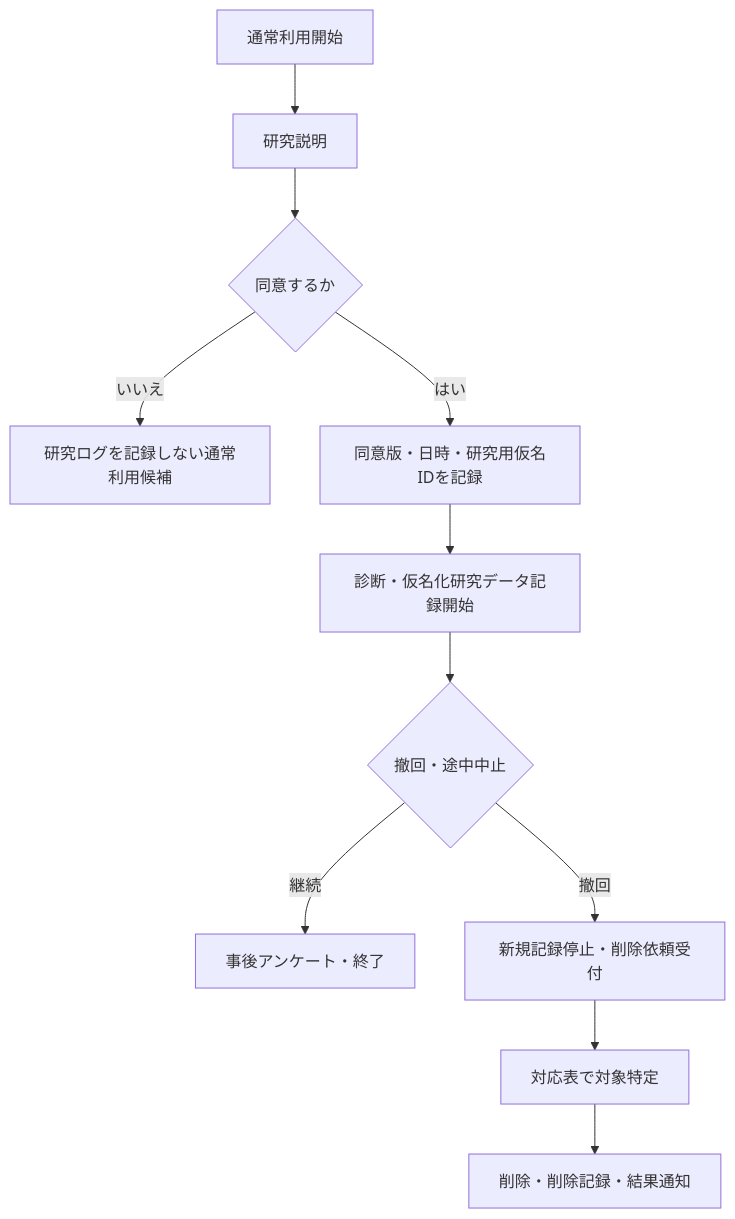
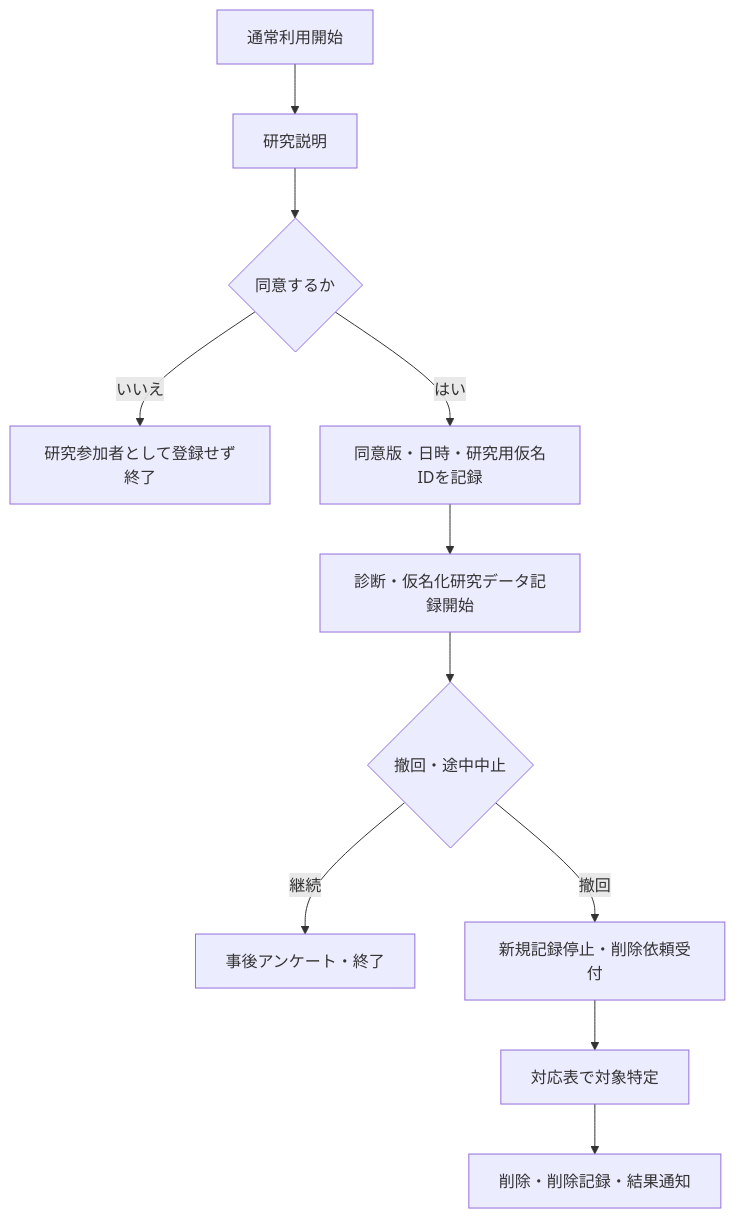
Before and after one commit to kai02221514/Weblearningtool: the second of 2 diagrams in docs/operations/research-data-management.md, drawn with Mermaid. The commit also changed other lines of this file and 4 other files, not shown here.

````diff
--- a/docs/operations/research-data-management.md
+++ b/docs/operations/research-data-management.md
@@ -286,13 +306,13 @@
 ```mermaid
 flowchart TD
   A["通常利用開始"] --> B["研究説明"]
   B --> C{"同意するか"}
-  C -- "いいえ" --> D["研究ログを記録しない通常利用候補"]
+  C -- "いいえ" --> D["研究参加者として登録せず終了"]
   C -- "はい" --> E["同意版・日時・研究用仮名IDを記録"]
   E --> F["診断・仮名化研究データ記録開始"]
   F --> G{"撤回・途中中止"}
   G -- "継続" --> H["事後アンケート・終了"]
   G -- "撤回" --> I["新規記録停止・削除依頼受付"]
   I --> J["対応表で対象特定"]
   J --> K["削除・削除記録・結果通知"]
 ```
````
